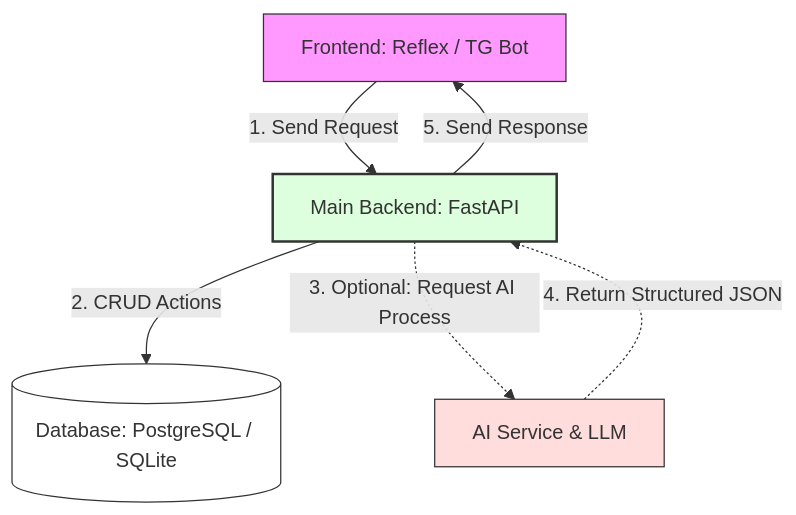
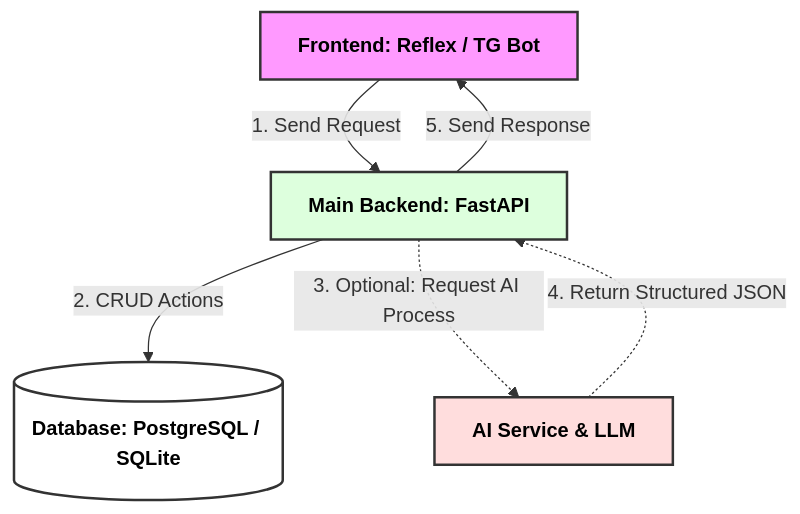
One commit to Elias-Wide/todo-backend-fastapi changed the diagram in README.md. Above: the diagram before and after it, drawn with Mermaid.

````diff
--- a/README.md
+++ b/README.md
@@ -9,17 +9,17 @@
 ```mermaid
 graph TD
     Front[Frontend: Reflex / TG Bot] -->|1. Send Request| Back[Main Backend: FastAPI]
     Back -->|2. CRUD Actions| DB[(Database: PostgreSQL / SQLite)]
     
     %% Optional AI Flow
     Back -.->|3. Optional: Request AI Process| AI[AI Service & LLM]
     AI -.->|4. Return Structured JSON| Back
     
     Back -->|5. Send Response| Front
 
-    %% Styling
-    style Front fill:#f9f,stroke:#333,stroke-width:1px
-    style Back fill:#dfd,stroke:#333,stroke-width:2px
-    style AI fill:#fdd,stroke:#333,stroke-width:1px
-    style DB fill:#fff,stroke:#333,stroke-width:1px
+    %% Styling for Black and Bold Text
+    style Front fill:#f9f,stroke:#333,stroke-width:2px,color:#000,font-weight:bold
+    style Back fill:#dfd,stroke:#333,stroke-width:2px,color:#000,font-weight:bold
+    style AI fill:#fdd,stroke:#333,stroke-width:2px,color:#000,font-weight:bold
+    style DB fill:#fff,stroke:#333,stroke-width:2px,color:#000,font-weight:bold
 ```
````
